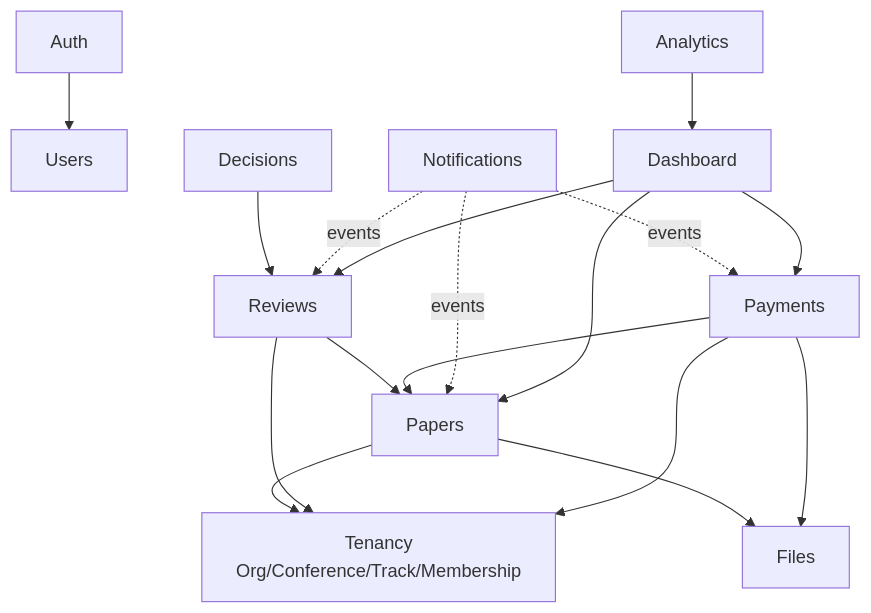
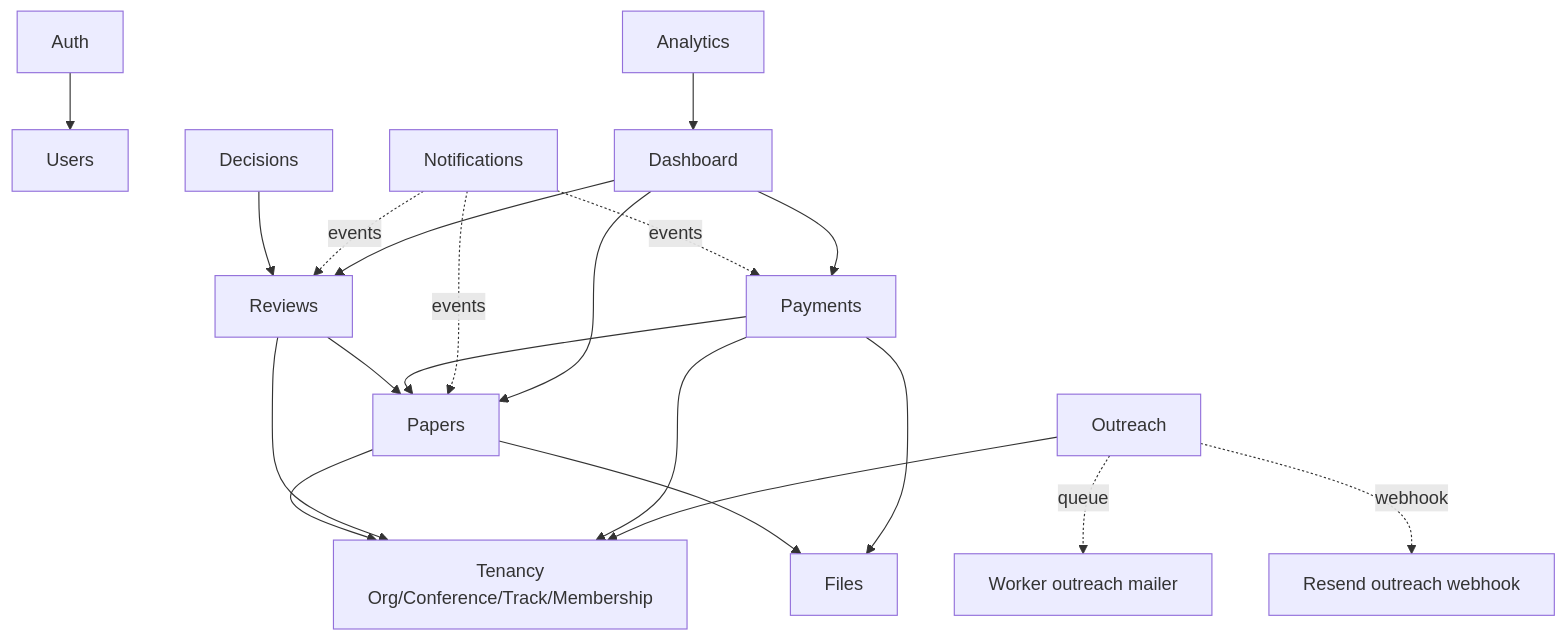
One commit to AyushBalyan/OpenConferences changed the ninth of 13 diagrams in docs/SYSTEM_DESIGN.md. Above: the diagram before and after it, drawn with Mermaid. The commit also changed other lines of this file and 62 other files, not shown here.

````diff
--- a/docs/SYSTEM_DESIGN.md
+++ b/docs/SYSTEM_DESIGN.md
@@ -769,20 +809,23 @@
 ```mermaid
 graph TD
   Auth --> Users
   Tenancy[Tenancy<br/>Org/Conference/Track/Membership]
   Papers --> Tenancy
   Papers --> Files
   Reviews --> Papers
   Reviews --> Tenancy
   Decisions --> Reviews
   Payments --> Tenancy
   Payments --> Files
   Payments --> Papers
   Notifications -.events.-> Papers
   Notifications -.events.-> Reviews
   Notifications -.events.-> Payments
   Dashboard --> Papers
   Dashboard --> Reviews
   Dashboard --> Payments
   Analytics --> Dashboard
+  Outreach --> Tenancy
+  Outreach -.queue.-> WorkerOutreach[Worker outreach mailer]
+  Outreach -.webhook.-> ResendOutreach[Resend outreach webhook]
 ```
````
